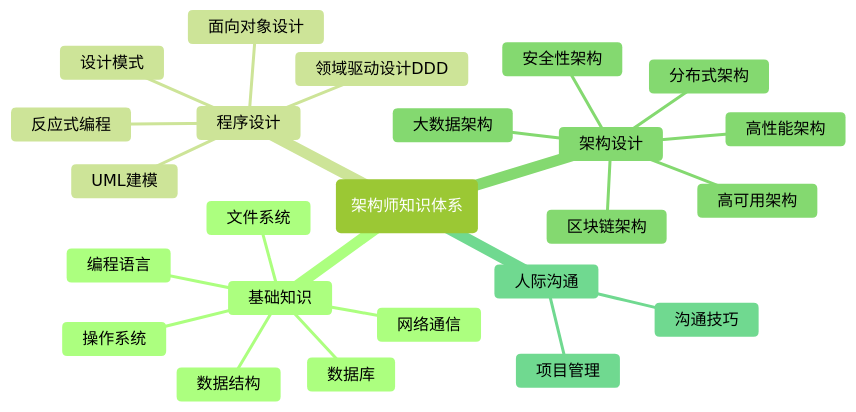
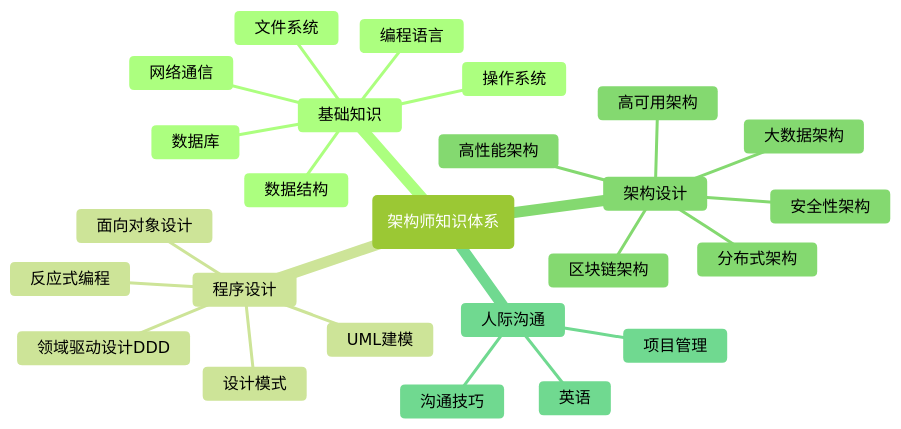
One commit to wallace-lai/learning-notes changed the diagram in source/Unfiled/architect-roadmap.md. Above: the diagram before and after it, drawn with Mermaid (forest theme). The commit also changed 1 other file, not shown here.

Commit message:
update linux c (#119)

````diff
--- a/source/Unfiled/architect-roadmap.md
+++ b/source/Unfiled/architect-roadmap.md
@@ -9,32 +9,33 @@
 ```{mermaid}
 
 mindmap
     root(架构师知识体系)
         基础知识
         ::icon(fa fa-book)
             操作系统
             数据结构
             编程语言
             网络通信
             文件系统
             数据库
         程序设计
         ::icon(fa fa-bookmark)
             UML建模
             面向对象设计
             设计模式
             反应式编程
             领域驱动设计DDD
         架构设计
         ::icon(fa fa-sitemap)
             高可用架构
             高性能架构
             安全性架构
             大数据架构
             区块链架构
             分布式架构
         人际沟通
         ::icon(fa fa-heart)
+            英语
             沟通技巧
             项目管理
 ```
````
